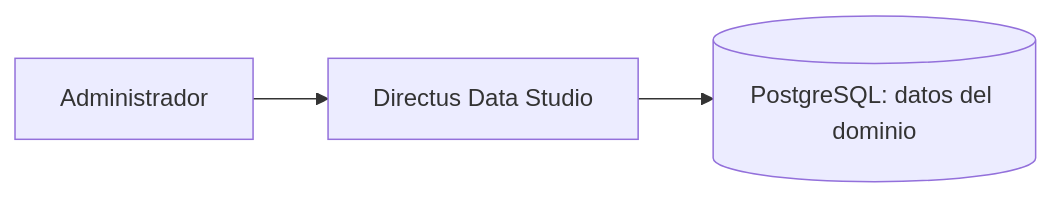
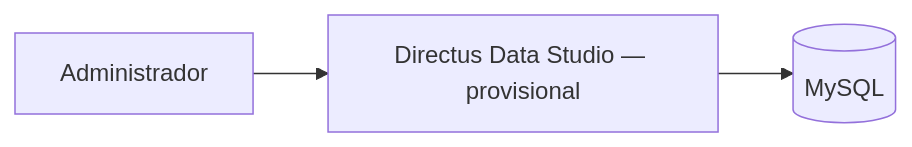
One commit to cromaticacreativa/project-cromaticacreativa-web changed the second of 7 diagrams in docs/ARCHITECTURE.md. Above: the diagram before and after it, drawn with Mermaid. The commit also changed other lines of this file and 276 other files, not shown here.

````diff
--- a/docs/ARCHITECTURE.md
+++ b/docs/ARCHITECTURE.md
@@ -43,5 +84,5 @@
 ```mermaid
 flowchart LR
-    administrator["Administrador"] --> directus["Directus Data Studio"]
-    directus --> domainDatabase[("PostgreSQL: datos del dominio")]
+    administrador["Administrador"] --> directus["Directus Data Studio — provisional"]
+    directus --> mysql[("MySQL")]
 ```
````
